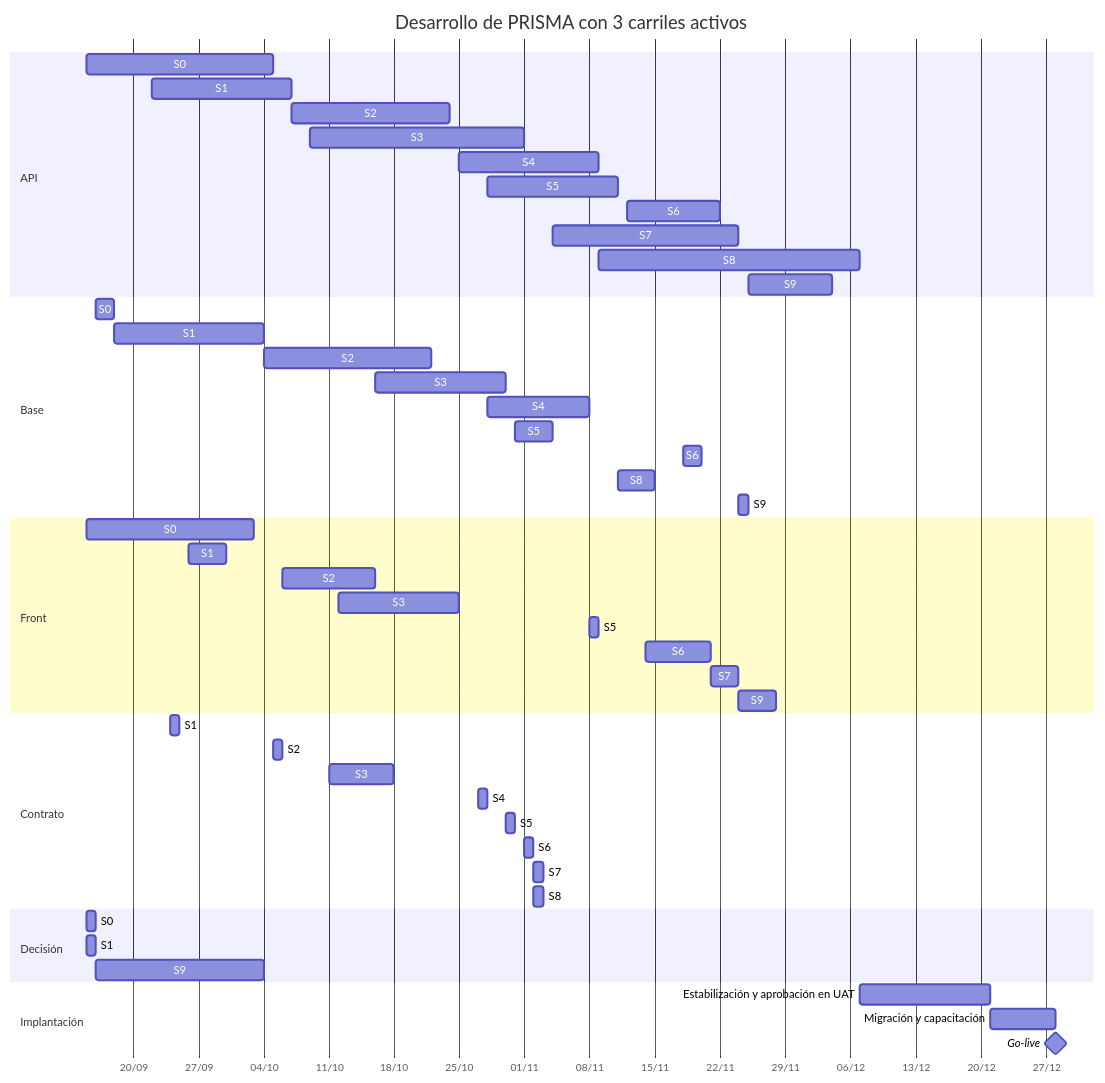
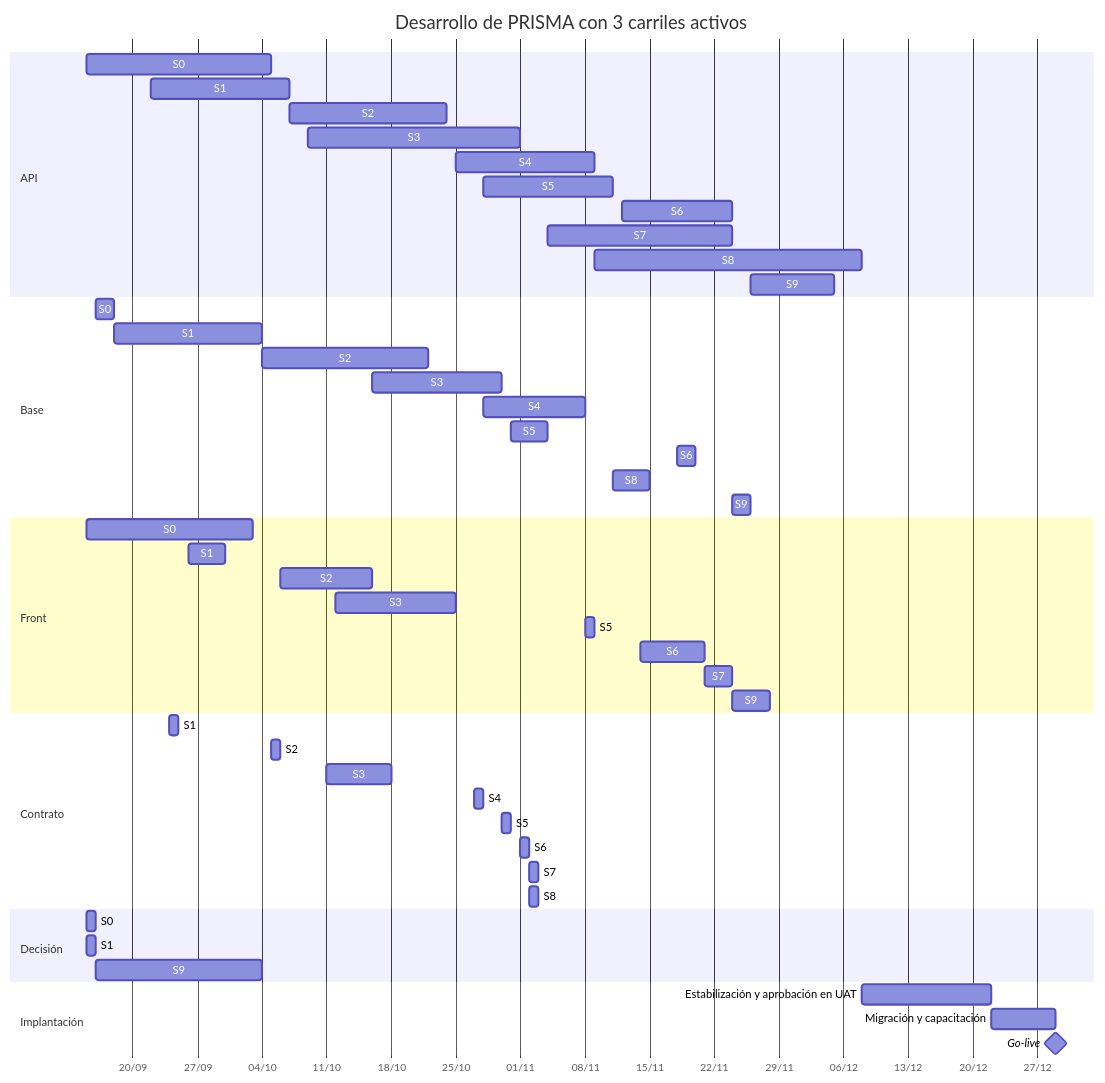
Before and after one commit to Juanchope039/Finanzas-PRISMA: the first of 2 diagrams in docs/08-plan-de-desarrollo.md, drawn with Mermaid. The commit also changed other lines of this file and 3 other files, not shown here.

````diff
--- a/docs/08-plan-de-desarrollo.md
+++ b/docs/08-plan-de-desarrollo.md
@@ -243,59 +243,59 @@
 ```mermaid
 gantt
     title Desarrollo de PRISMA con 3 carriles activos
     dateFormat YYYY-MM-DD
     axisFormat %d/%m
 
     section API
     S0 :api0, 2026-09-15, 2026-10-05
     S1 :api1, 2026-09-22, 2026-10-07
     S2 :api2, 2026-10-07, 2026-10-24
     S3 :api3, 2026-10-09, 2026-11-01
     S4 :api4, 2026-10-25, 2026-11-09
     S5 :api5, 2026-10-28, 2026-11-11
-    S6 :api6, 2026-11-12, 2026-11-22
+    S6 :api6, 2026-11-12, 2026-11-24
     S7 :api7, 2026-11-04, 2026-11-24
-    S8 :api8, 2026-11-09, 2026-12-07
-    S9 :api9, 2026-11-25, 2026-12-04
+    S8 :api8, 2026-11-09, 2026-12-08
+    S9 :api9, 2026-11-26, 2026-12-05
 
     section Base
     S0 :base0, 2026-09-16, 2026-09-18
     S1 :base1, 2026-09-18, 2026-10-04
     S2 :base2, 2026-10-04, 2026-10-22
     S3 :base3, 2026-10-16, 2026-10-30
     S4 :base4, 2026-10-28, 2026-11-08
     S5 :base5, 2026-10-31, 2026-11-04
     S6 :base6, 2026-11-18, 2026-11-20
     S8 :base8, 2026-11-11, 2026-11-15
-    S9 :base9, 2026-11-24, 2026-11-25
+    S9 :base9, 2026-11-24, 2026-11-26
 
     section Front
     S0 :front0, 2026-09-15, 2026-10-03
     S1 :front1, 2026-09-26, 2026-09-30
     S2 :front2, 2026-10-06, 2026-10-16
     S3 :front3, 2026-10-12, 2026-10-25
     S5 :front5, 2026-11-08, 2026-11-09
     S6 :front6, 2026-11-14, 2026-11-21
     S7 :front7, 2026-11-21, 2026-11-24
     S9 :front9, 2026-11-24, 2026-11-28
 
     section Contrato
     S1 :contrato1, 2026-09-24, 2026-09-25
     S2 :contrato2, 2026-10-05, 2026-10-06
     S3 :contrato3, 2026-10-11, 2026-10-18
     S4 :contrato4, 2026-10-27, 2026-10-28
     S5 :contrato5, 2026-10-30, 2026-10-31
     S6 :contrato6, 2026-11-01, 2026-11-02
     S7 :contrato7, 2026-11-02, 2026-11-03
     S8 :contrato8, 2026-11-02, 2026-11-03
 
     section Decisión
     S0 :decisin0, 2026-09-15, 2026-09-16
     S1 :decisin1, 2026-09-15, 2026-09-16
     S9 :decisin9, 2026-09-16, 2026-10-04
 
     section Implantación
-    Estabilización y aprobación en UAT :est, 2026-12-07, 2026-12-21
-    Migración y capacitación :mig, 2026-12-21, 2026-12-28
-    Go-live :milestone, 2026-12-28, 0d
+    Estabilización y aprobación en UAT :est, 2026-12-08, 2026-12-22
+    Migración y capacitación :mig, 2026-12-22, 2026-12-29
+    Go-live :milestone, 2026-12-29, 0d
 ```
````
